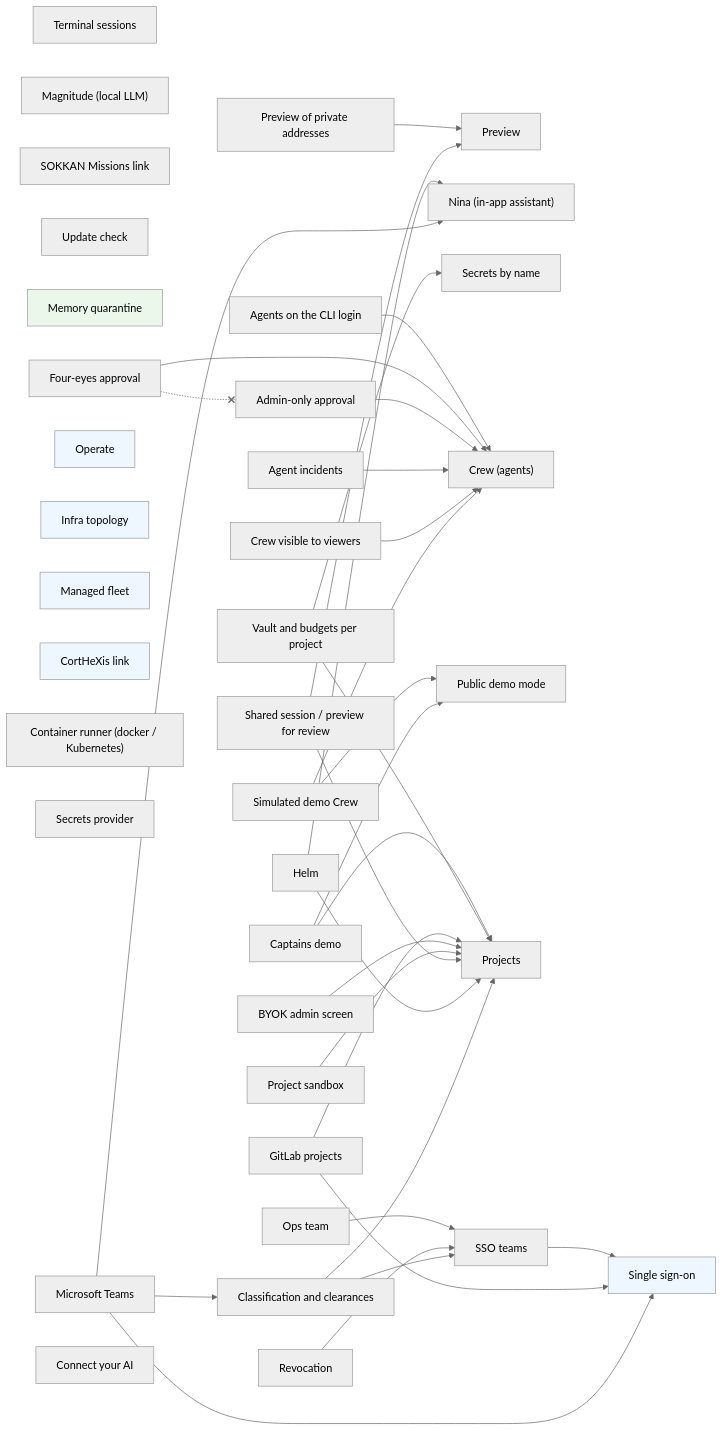
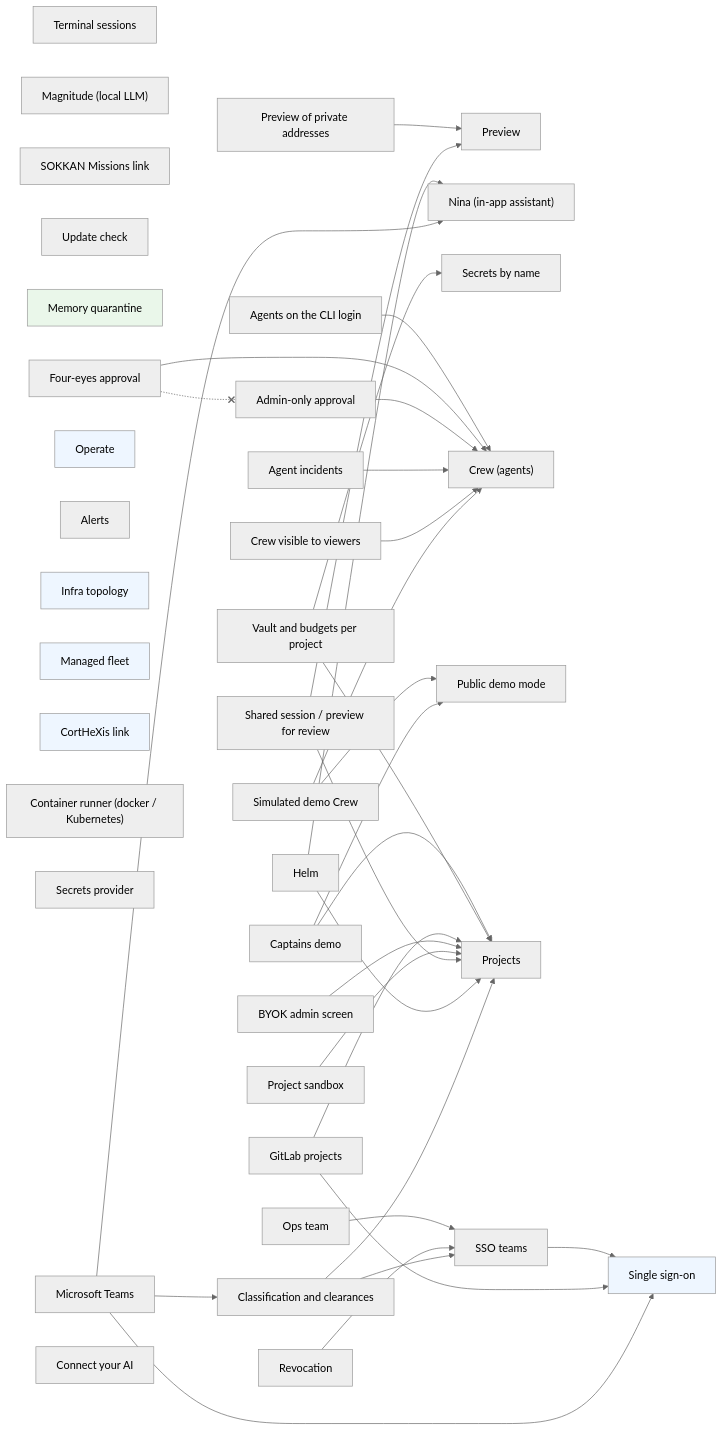
The diagram in docs/enterprise/FEATURES.md (ninabot-ch/sokkan), drawn with Mermaid (neutral theme) before and after one commit. The commit also changed other lines of this file and 24 other files, not shown here.

First line of the commit message:
feat(alerting): Operate › Alerts — rule engine in the spirit of ElastAlert

````diff
--- a/docs/enterprise/FEATURES.md
+++ b/docs/enterprise/FEATURES.md
@@ -62,75 +63,76 @@
 ```mermaid
 graph LR
   tmux["Terminal sessions"]
   preview["Preview"]
   preview_private_targets["Preview of private addresses"]
   magnitude["Magnitude (local LLM)"]
   assistant["Nina (in-app assistant)"]
   missions_link["SOKKAN Missions link"]
   update_check["Update check"]
   named_secrets["Secrets by name"]
   memory_quarantine["Memory quarantine"]
   agents["Crew (agents)"]
   agents_cli_login["Agents on the CLI login"]
   four_eyes["Four-eyes approval"]
   admin_approval["Admin-only approval"]
   agent_incidents["Agent incidents"]
   crew_viewer_readonly["Crew visible to viewers"]
   demo_banner["Public demo mode"]
   demo_crew["Simulated demo Crew"]
   demo_captains["Captains demo"]
   sso["Single sign-on"]
   multi_project["Projects"]
   sso_teams["SSO teams"]
   operate["Operate"]
+  alerting["Alerts"]
   ops_team["Ops team"]
   infra["Infra topology"]
   fleet["Managed fleet"]
   cortex["CortHeXis link"]
   kubernetes_runner["Container runner (docker / Kubernetes)"]
   project_vault_budgets["Vault and budgets per project"]
   gitlab["GitLab projects"]
   revocation["Revocation"]
   byok_admin["BYOK admin screen"]
   secrets_provider["Secrets provider"]
   sandbox["Project sandbox"]
   shared_review["Shared session / preview for review"]
   helm["Helm"]
   classification["Classification and clearances"]
   teams["Microsoft Teams"]
   connect_ai["Connect your AI"]
   preview_private_targets --> preview
   agents_cli_login --> agents
   four_eyes --> agents
   admin_approval --> agents
   agent_incidents --> agents
   crew_viewer_readonly --> agents
   demo_crew --> agents
   demo_crew --> demo_banner
   demo_captains --> demo_banner
   demo_captains --> multi_project
   sso_teams --> sso
   ops_team --> sso_teams
   project_vault_budgets --> multi_project
   project_vault_budgets --> named_secrets
   gitlab --> multi_project
   gitlab --> sso
   revocation --> sso_teams
   byok_admin --> multi_project
   sandbox --> multi_project
   shared_review --> preview
   shared_review --> multi_project
   helm --> multi_project
   helm --> assistant
   classification --> multi_project
   classification --> sso_teams
   teams --> assistant
   teams --> classification
   teams --> sso
   four_eyes -.-x admin_approval
   classDef planned stroke-dasharray: 5 5,color:#888;
   classDef integration fill:#eef6ff;
   classDef invariant fill:#eaf7ea;
   class sso,operate,infra,fleet,cortex integration;
   class memory_quarantine invariant;
 ```
````
